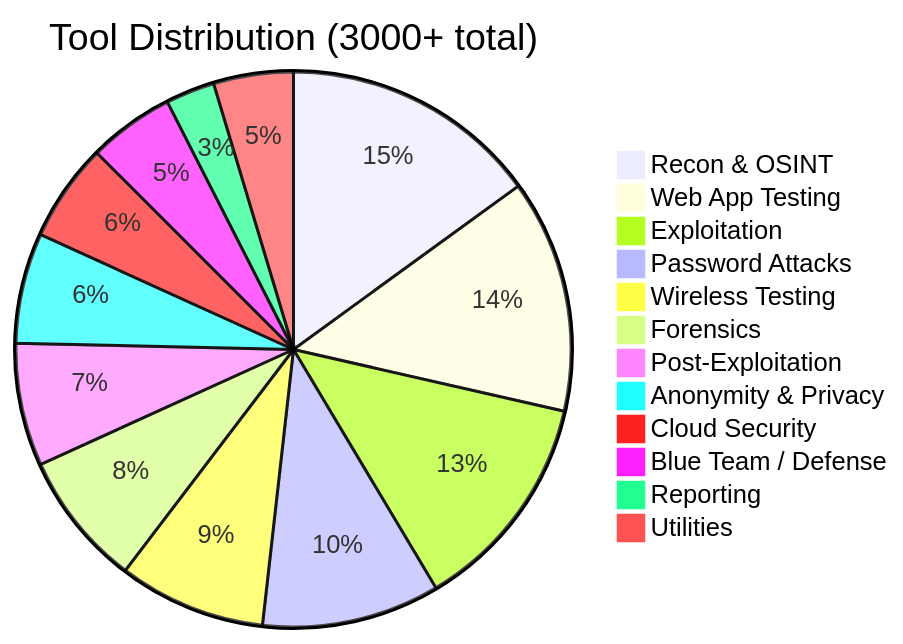
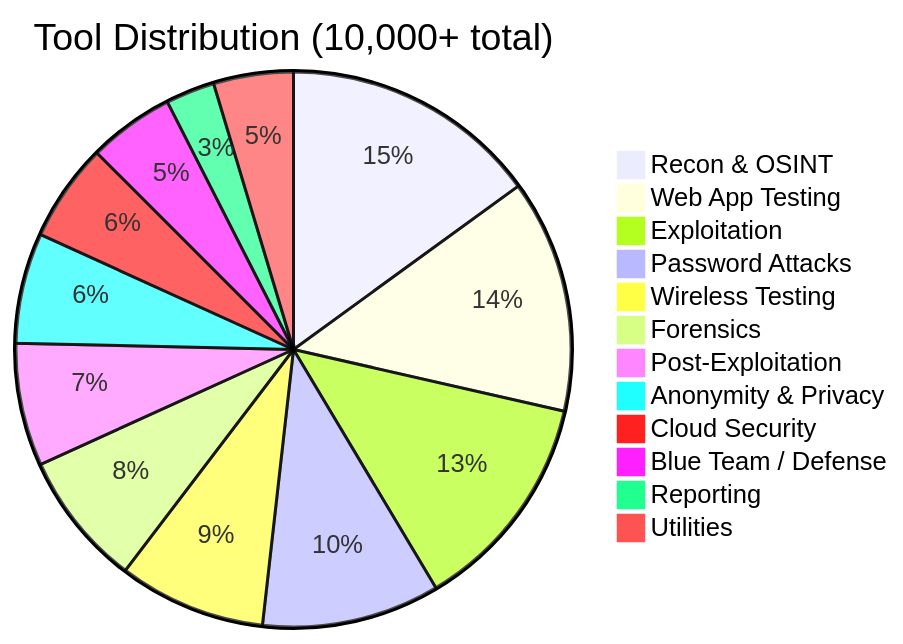
Before and after one commit to Athexblackhat/F-SOCIETY: the third of 5 diagrams in README.md, drawn with Mermaid. The commit also changed other lines of this file, not shown here.

````diff
--- a/README.md
+++ b/README.md
@@ -151,15 +134,15 @@
 ```mermaid
-pie title Tool Distribution (3000+ total)
+pie title Tool Distribution (10,000+ total)
     "Recon & OSINT" : 420
     "Web App Testing" : 380
     "Exploitation" : 360
     "Password Attacks" : 290
     "Wireless Testing" : 240
     "Forensics" : 220
     "Post-Exploitation" : 200
     "Anonymity & Privacy" : 180
     "Cloud Security" : 160
     "Blue Team / Defense" : 140
     "Reporting" : 80
     "Utilities" : 130
 ```
````
